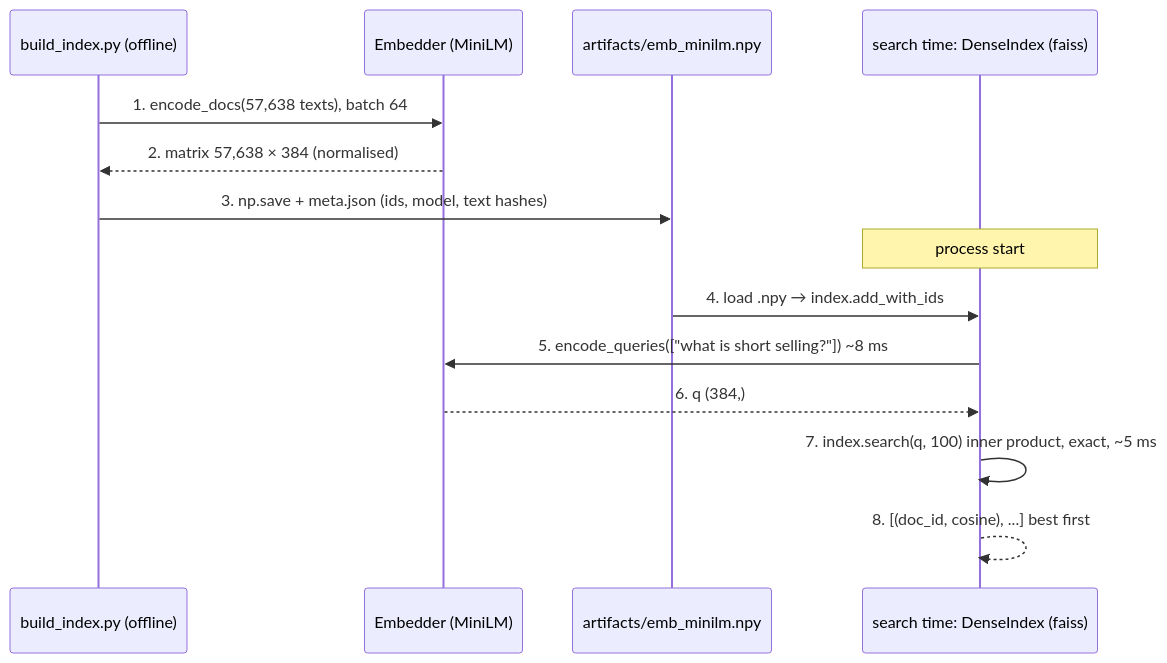
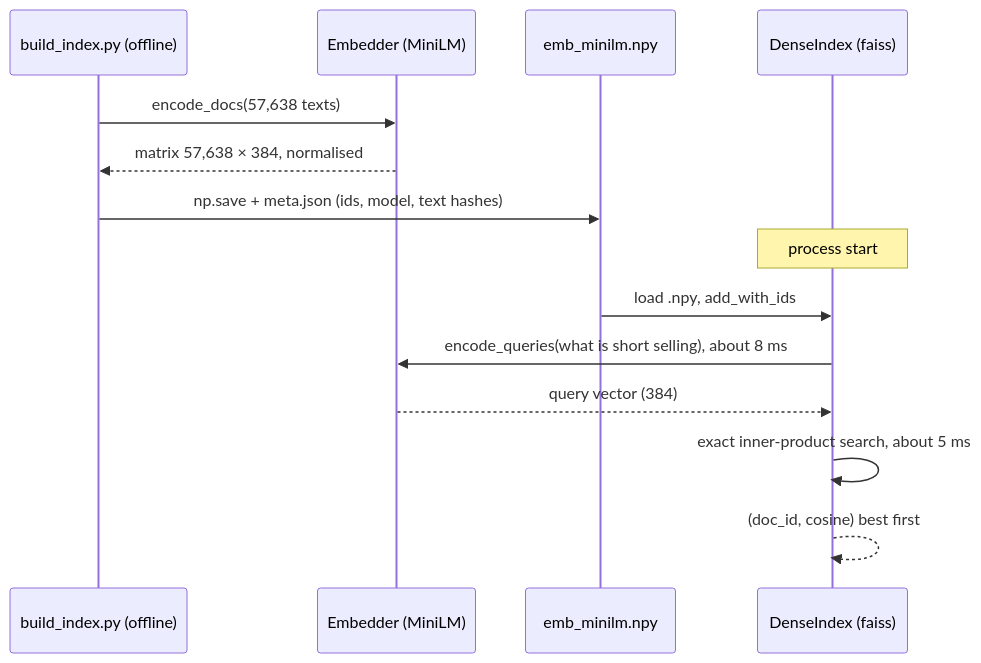
Before and after one commit to node31/fiqa-agentic-retrieval: the fourth of 4 diagrams in docs/from_zero/04_meaning_search_embeddings.md, drawn with Mermaid. The commit also changed other lines of this file and 9 other files, not shown here.

````diff
--- a/docs/from_zero/04_meaning_search_embeddings.md
+++ b/docs/from_zero/04_meaning_search_embeddings.md
@@ -304,16 +209,16 @@
 ```mermaid
 sequenceDiagram
     participant B as build_index.py (offline)
     participant E as Embedder (MiniLM)
-    participant F as artifacts/emb_minilm.npy
-    participant S as search time: DenseIndex (faiss)
-    B->>E: 1. encode_docs(57,638 texts), batch 64
-    E-->>B: 2. matrix 57,638 × 384 (normalised)
-    B->>F: 3. np.save + meta.json (ids, model, text hashes)
+    participant F as emb_minilm.npy
+    participant S as DenseIndex (faiss)
+    B->>E: encode_docs(57,638 texts)
+    E-->>B: matrix 57,638 × 384, normalised
+    B->>F: np.save + meta.json (ids, model, text hashes)
     Note over S: process start
-    F->>S: 4. load .npy → index.add_with_ids
-    S->>E: 5. encode_queries(["what is short selling?"])  ~8 ms
-    E-->>S: 6. q (384,)
-    S->>S: 7. index.search(q, 100)  inner product, exact, ~5 ms
-    S-->>S: 8. [(doc_id, cosine), ...] best first
+    F->>S: load .npy, add_with_ids
+    S->>E: encode_queries(what is short selling), about 8 ms
+    E-->>S: query vector (384)
+    S->>S: exact inner-product search, about 5 ms
+    S-->>S: (doc_id, cosine) best first
 ```
````
